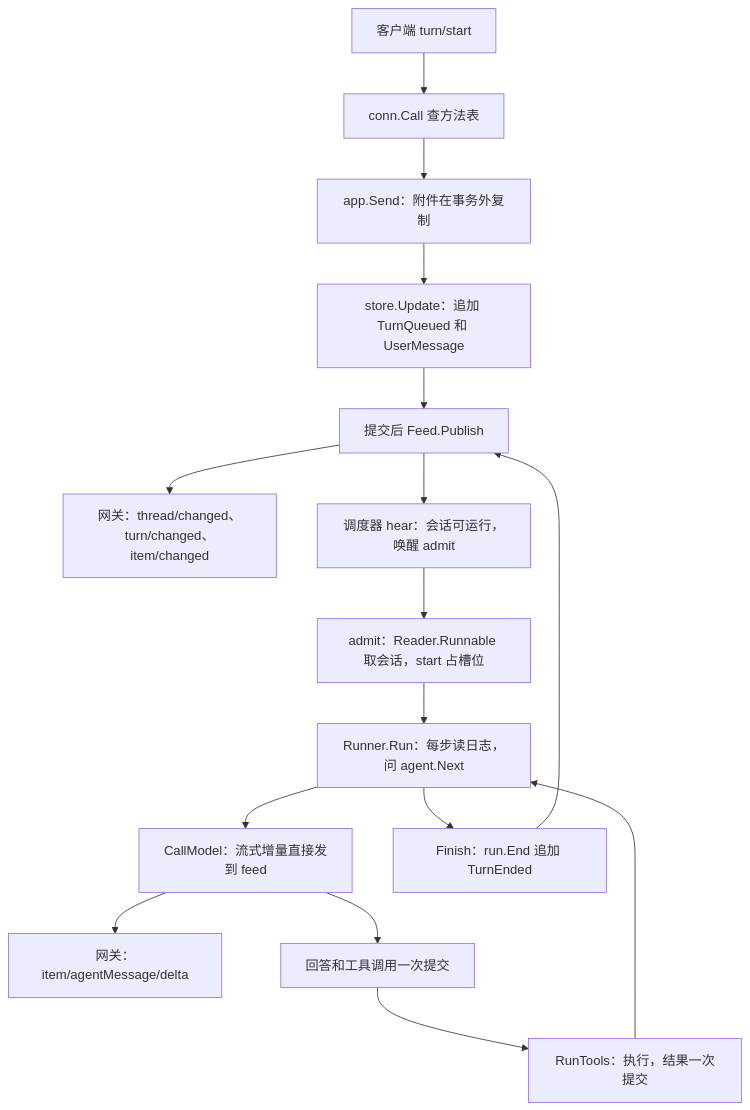
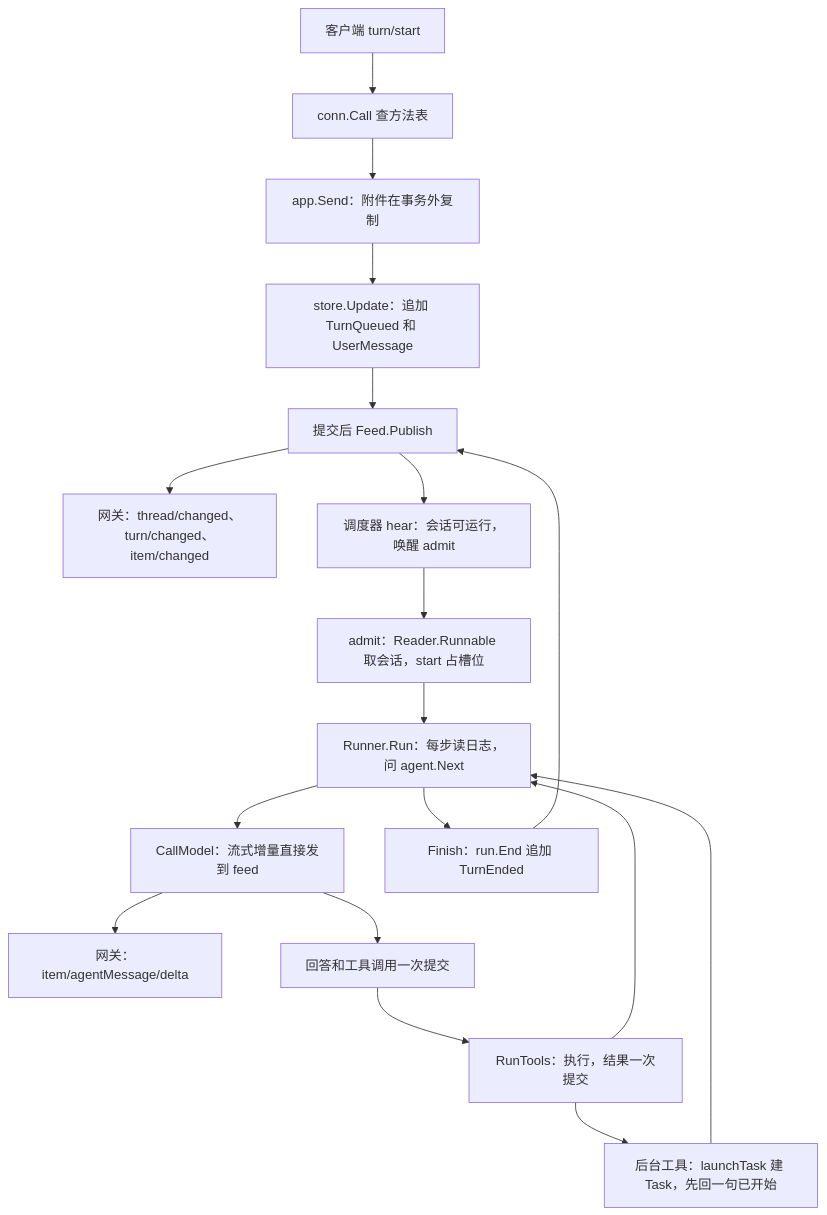
One commit to 0xfakeSpike/ollupi-docs changed the second of 2 diagrams in docs/zh/engine/architecture.md. Above: the diagram before and after it, drawn with Mermaid. The commit also changed other lines of this file and 67 other files, not shown here.

````diff
--- a/docs/zh/engine/architecture.md
+++ b/docs/zh/engine/architecture.md
@@ -143,18 +148,20 @@
 ```mermaid
 flowchart TD
   A["客户端 turn/start"] --> B["conn.Call 查方法表"]
   B --> C["app.Send：附件在事务外复制"]
   C --> D["store.Update：追加 TurnQueued 和 UserMessage"]
   D --> E["提交后 Feed.Publish"]
   E --> F["网关：thread/changed、turn/changed、item/changed"]
   E --> G["调度器 hear：会话可运行，唤醒 admit"]
   G --> H["admit：Reader.Runnable 取会话，start 占槽位"]
   H --> I["Runner.Run：每步读日志，问 agent.Next"]
   I --> J["CallModel：流式增量直接发到 feed"]
   J --> K["网关：item/agentMessage/delta"]
   J --> L["回答和工具调用一次提交"]
   L --> M["RunTools：执行，结果一次提交"]
   M --> I
+  M --> P["后台工具：launchTask 建 Task，先回一句已开始"]
+  P --> I
   I --> N["Finish：run.End 追加 TurnEnded"]
   N --> E
 ```
````
